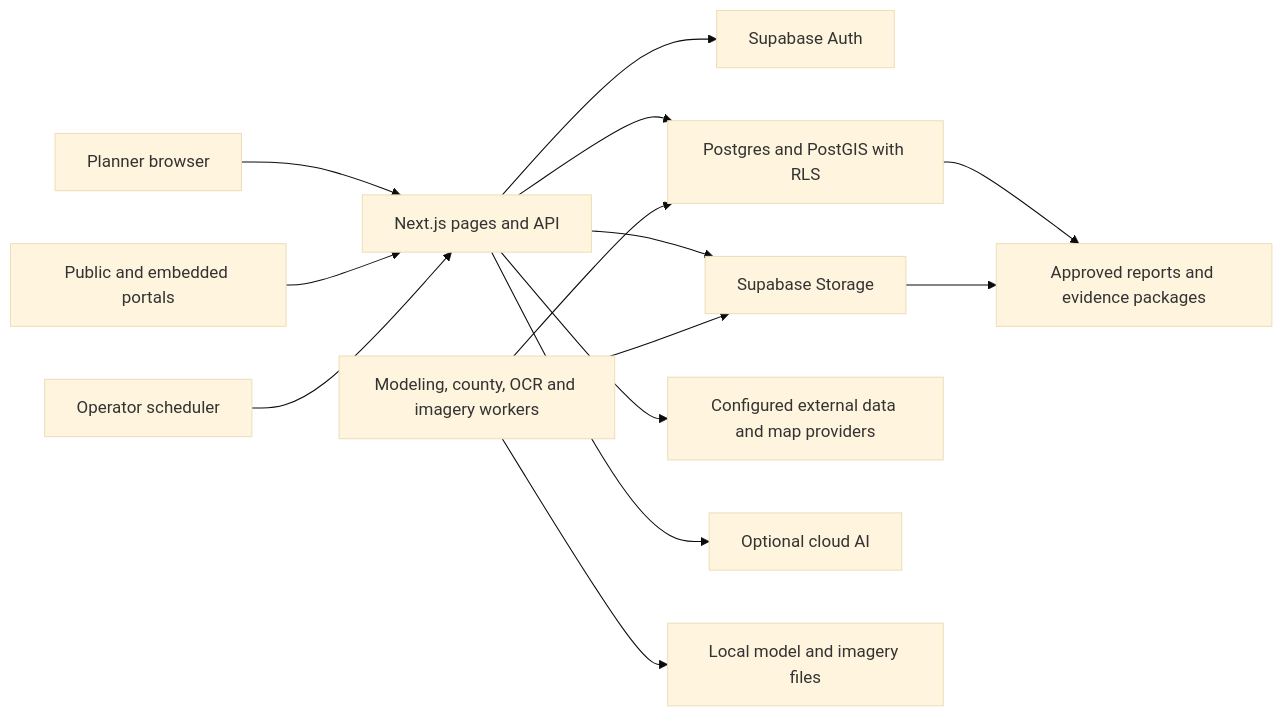
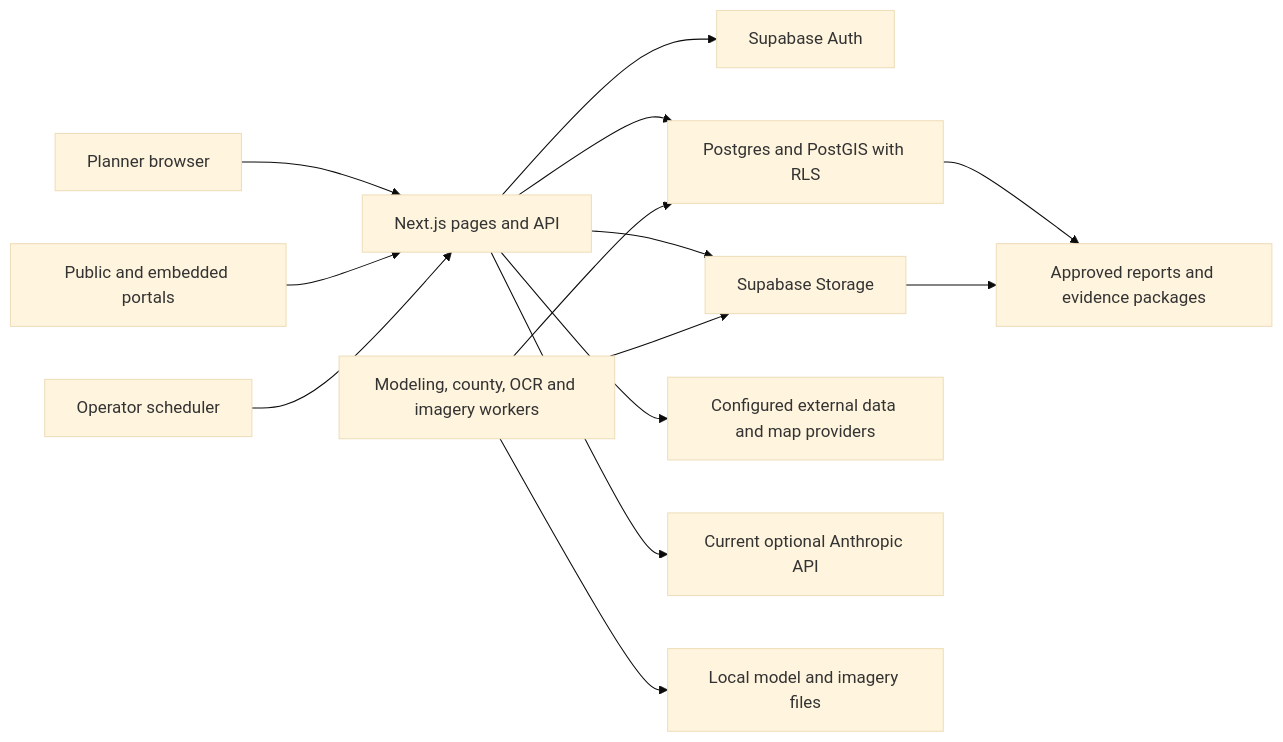
One commit to nfredmond/openplan changed the diagram in docs/reviews/2026-09-04-pre-handoff/ARCHITECTURE_DRAFT.md. Above: the diagram before and after it, drawn with Mermaid (base theme). The commit also changed other lines of this file and 10 other files, not shown here.

````diff
--- a/docs/reviews/2026-09-04-pre-handoff/ARCHITECTURE_DRAFT.md
+++ b/docs/reviews/2026-09-04-pre-handoff/ARCHITECTURE_DRAFT.md
@@ -22,16 +22,16 @@
 ```mermaid
 flowchart LR
     Planner[Planner browser] --> App[Next.js pages and API]
     Public[Public and embedded portals] --> App
     App --> Auth[Supabase Auth]
     App --> DB[Postgres and PostGIS with RLS]
     App --> Storage[Supabase Storage]
     App --> Sources[Configured external data and map providers]
-    App --> AI[Optional cloud AI]
+    App --> AI[Current optional Anthropic API]
     Workers[Modeling, county, OCR and imagery workers] --> DB
     Workers --> Storage
     Workers --> Local[Local model and imagery files]
     Scheduler[Operator scheduler] --> App
     DB --> Exports[Approved reports and evidence packages]
     Storage --> Exports
 ```
````
